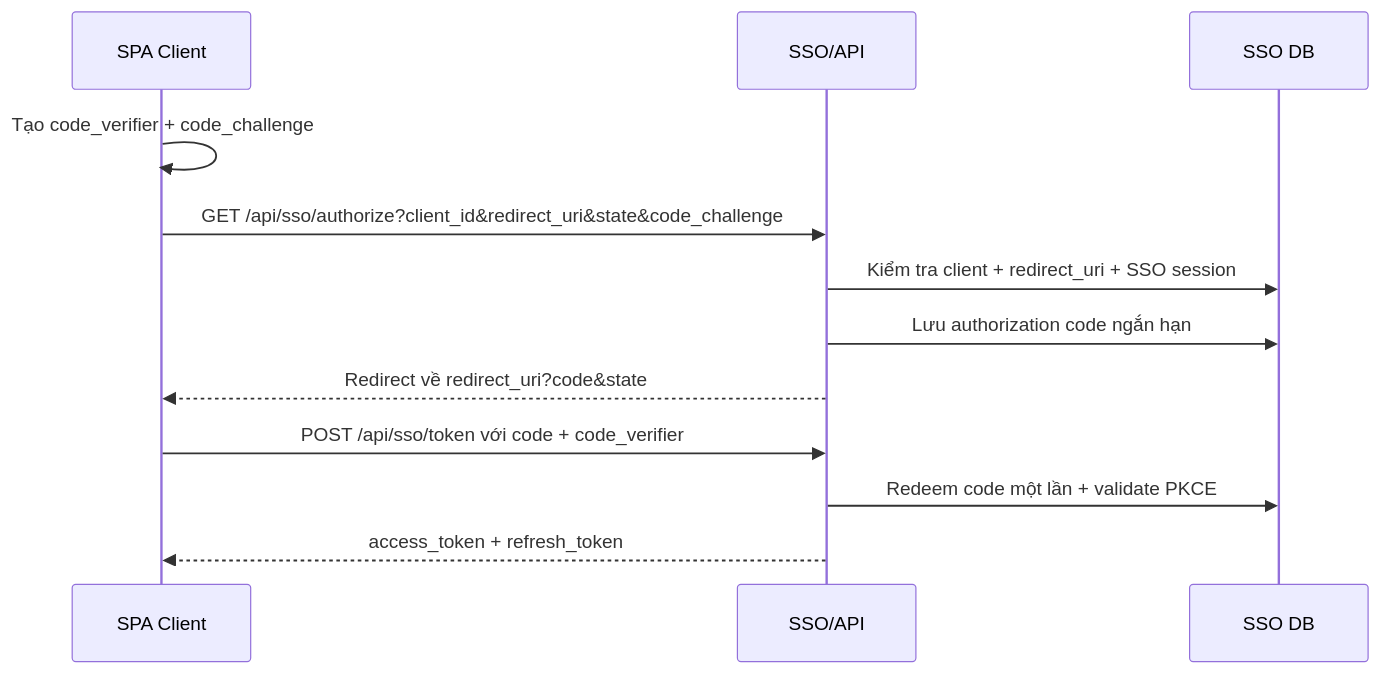
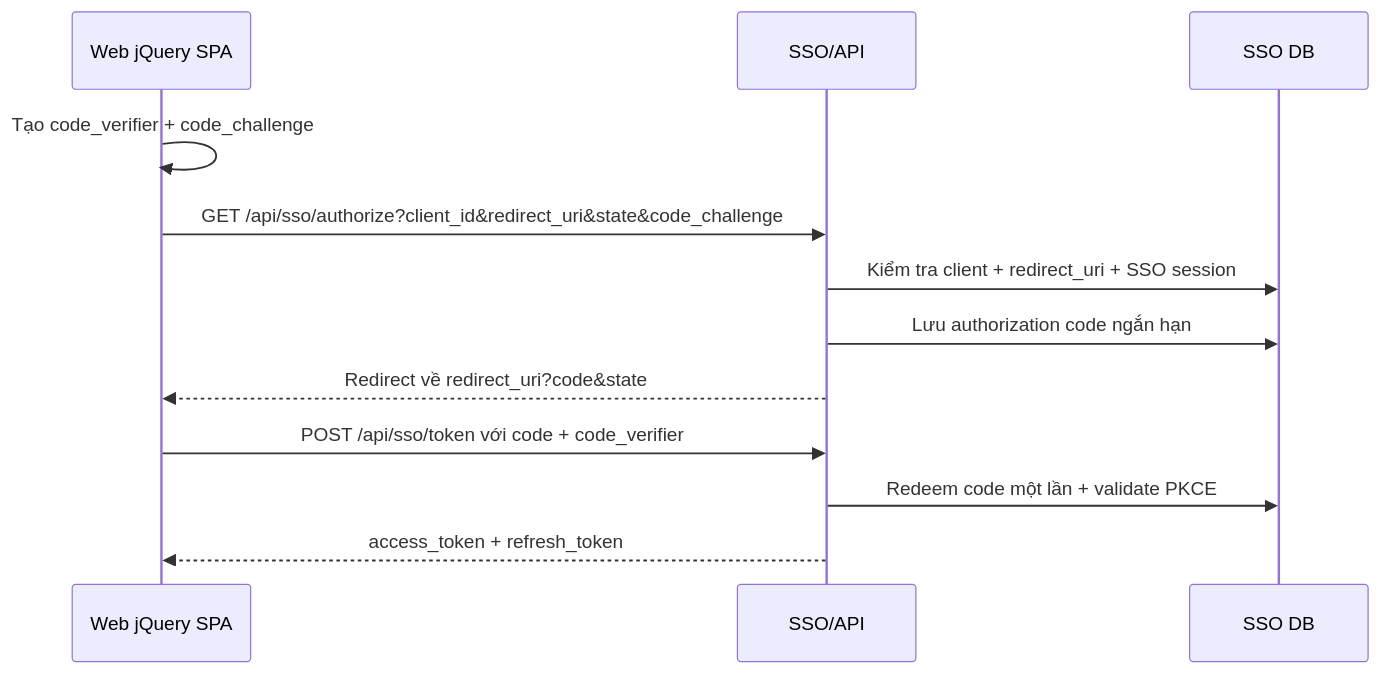
Before and after one commit to cleondev/SSOExample: the third of 5 diagrams in docs/sso-design.md, drawn with Mermaid. The commit also changed other lines of this file and 18 other files, not shown here.

Commit message:
Host jQuery SPA in Web project only

````diff
--- a/docs/sso-design.md
+++ b/docs/sso-design.md
@@ -74,15 +74,15 @@
 ```mermaid
 sequenceDiagram
-    participant SPA as SPA Client
+    participant Web as Web jQuery SPA
     participant IDP as SSO/API
     participant DB as SSO DB
 
-    SPA->>SPA: Tạo code_verifier + code_challenge
-    SPA->>IDP: GET /api/sso/authorize?client_id&redirect_uri&state&code_challenge
+    Web->>Web: Tạo code_verifier + code_challenge
+    Web->>IDP: GET /api/sso/authorize?client_id&redirect_uri&state&code_challenge
     IDP->>DB: Kiểm tra client + redirect_uri + SSO session
     IDP->>DB: Lưu authorization code ngắn hạn
-    IDP-->>SPA: Redirect về redirect_uri?code&state
-    SPA->>IDP: POST /api/sso/token với code + code_verifier
+    IDP-->>Web: Redirect về redirect_uri?code&state
+    Web->>IDP: POST /api/sso/token với code + code_verifier
     IDP->>DB: Redeem code một lần + validate PKCE
-    IDP-->>SPA: access_token + refresh_token
+    IDP-->>Web: access_token + refresh_token
 ```
````
